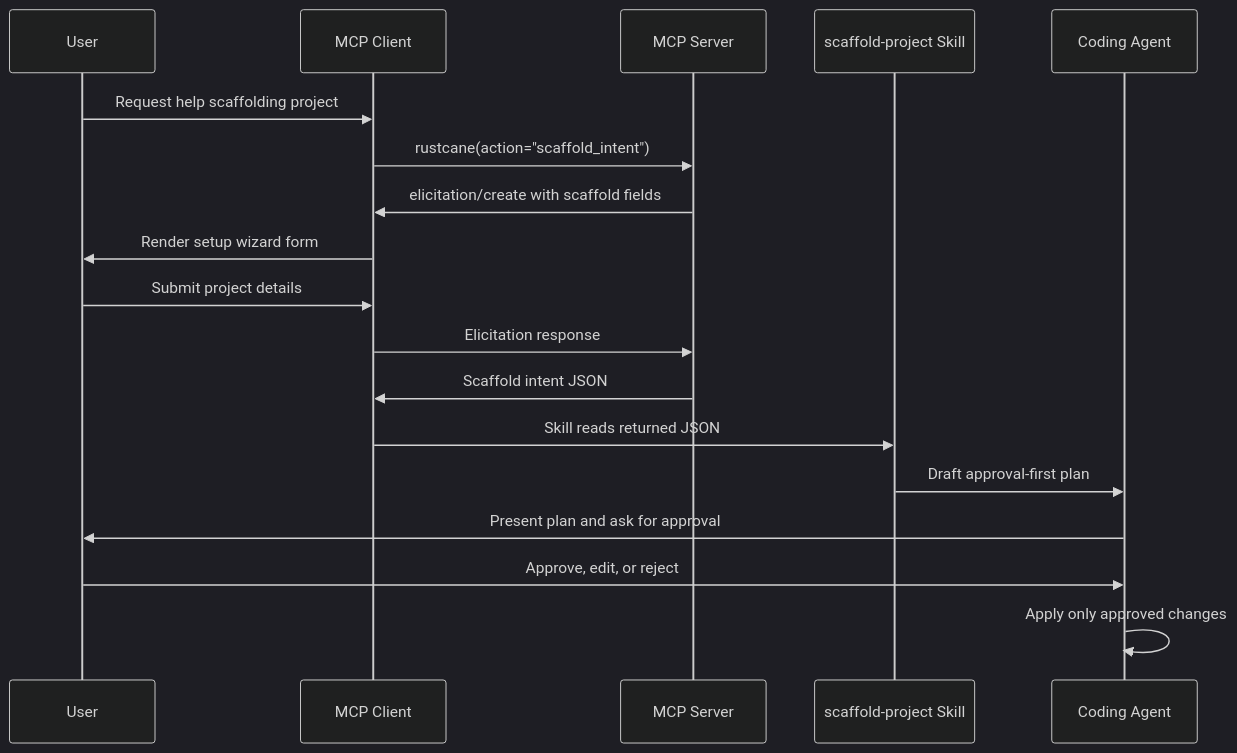
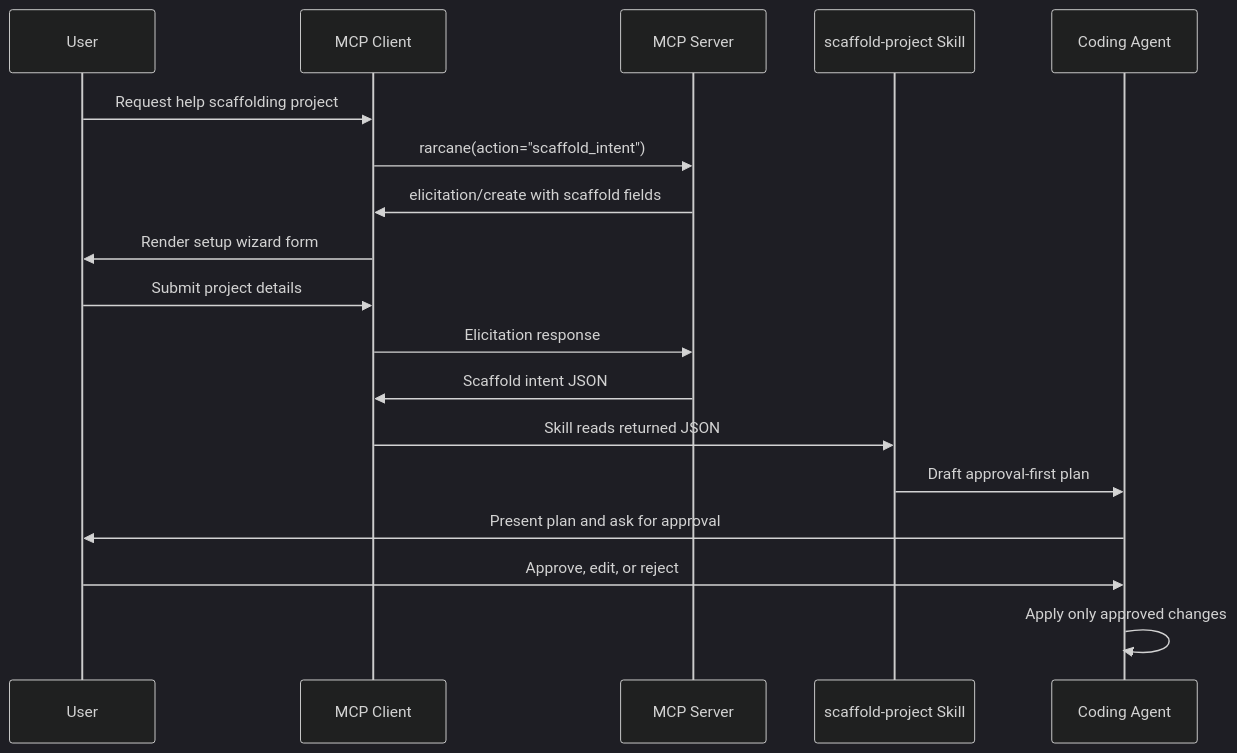
One commit to jmagar/arcane-rmcp changed the diagram in docs/specs/scaffold-intent-handoff.md. Above: the diagram before and after it, drawn with Mermaid (dark theme). The commit also changed other lines of this file and 142 other files, not shown here.

Commit message:
refactor: migrate plugin identity rustcane -> rarcane (env namespace RUSTCANE_->RARCANE_, plugin name/server, dirs, build paths)

````diff
--- a/docs/specs/scaffold-intent-handoff.md
+++ b/docs/specs/scaffold-intent-handoff.md
@@ -43,21 +43,21 @@
 ```mermaid
 sequenceDiagram
     participant U as User
     participant C as MCP Client
     participant S as MCP Server
     participant K as scaffold-project Skill
     participant A as Coding Agent
 
     U->>C: Request help scaffolding project
-    C->>S: rustcane(action="scaffold_intent")
+    C->>S: rarcane(action="scaffold_intent")
     S->>C: elicitation/create with scaffold fields
     C->>U: Render setup wizard form
     U->>C: Submit project details
     C->>S: Elicitation response
     S->>C: Scaffold intent JSON
     C->>K: Skill reads returned JSON
     K->>A: Draft approval-first plan
     A->>U: Present plan and ask for approval
     U->>A: Approve, edit, or reject
     A->>A: Apply only approved changes
 ```
````
